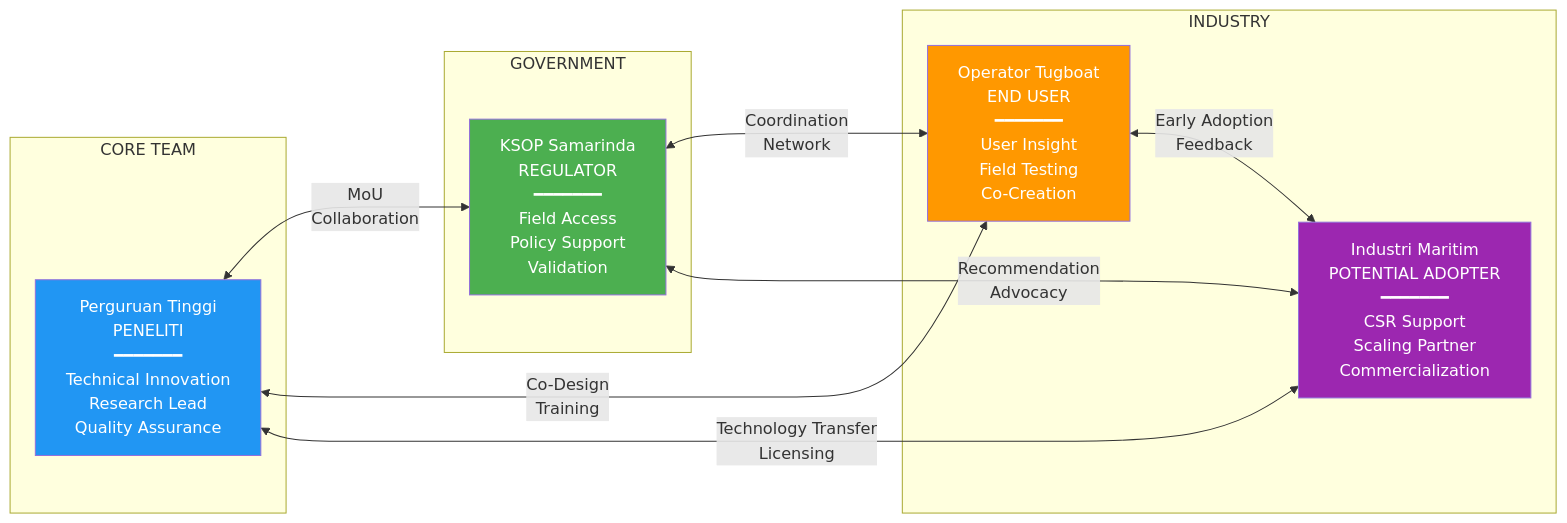
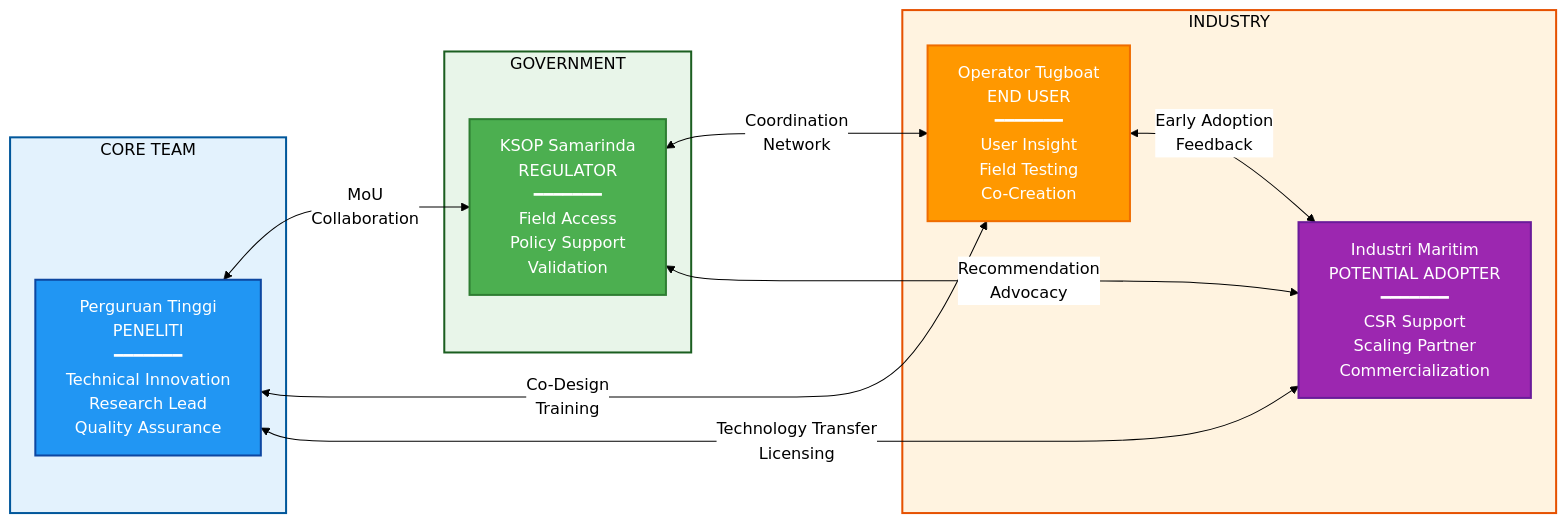
The fourth of 5 diagrams in 01_PROPOSAL_UTAMA_BESTARI_SAINTEK.md (antonprafanto/buros2025), drawn with Mermaid before and after one commit. The commit also changed other lines of this file, not shown here.

First line of the commit message:
Fix Mermaid diagram visibility for dark mode

````diff
--- a/01_PROPOSAL_UTAMA_BESTARI_SAINTEK.md
+++ b/01_PROPOSAL_UTAMA_BESTARI_SAINTEK.md
@@ -418,53 +421,57 @@
 ```mermaid
+%%{init: {'theme':'base', 'themeVariables': { 'primaryColor':'#ffffff','primaryTextColor':'#000','primaryBorderColor':'#000','lineColor':'#000','secondaryColor':'#f5f5f5','background':'#ffffff','mainBkg':'#ffffff','edgeLabelBackground':'#ffffff','clusterBkg':'#f5f5f5','clusterBorder':'#666'}}}%%
 graph LR
     subgraph Core["CORE TEAM"]
         PT["Perguruan Tinggi
         PENELITI
         ━━━━━━━
         Technical Innovation
         Research Lead
         Quality Assurance"]
     end
 
     subgraph Gov["GOVERNMENT"]
         KSOP["KSOP Samarinda
         REGULATOR
         ━━━━━━━
         Field Access
         Policy Support
         Validation"]
     end
 
     subgraph Industry["INDUSTRY"]
         OPR["Operator Tugboat
         END USER
         ━━━━━━━
         User Insight
         Field Testing
         Co-Creation"]
         MAR["Industri Maritim
         POTENTIAL ADOPTER
         ━━━━━━━
         CSR Support
         Scaling Partner
         Commercialization"]
     end
 
     PT <-->|"MoU
     Collaboration"| KSOP
     PT <-->|"Co-Design
     Training"| OPR
     KSOP <-->|"Coordination
     Network"| OPR
     KSOP <-->|"Recommendation
     Advocacy"| MAR
     PT <-->|"Technology Transfer
     Licensing"| MAR
     OPR <-->|"Early Adoption
     Feedback"| MAR
 
-    style PT fill:#2196f3,color:#fff
-    style KSOP fill:#4caf50,color:#fff
-    style OPR fill:#ff9800,color:#fff
-    style MAR fill:#9c27b0,color:#fff
+    style PT fill:#2196f3,color:#fff,stroke:#0d47a1,stroke-width:2px
+    style KSOP fill:#4caf50,color:#fff,stroke:#2e7d32,stroke-width:2px
+    style OPR fill:#ff9800,color:#fff,stroke:#ef6c00,stroke-width:2px
+    style MAR fill:#9c27b0,color:#fff,stroke:#6a1b9a,stroke-width:2px
+    style Core fill:#e3f2fd,stroke:#01579b,stroke-width:2px,color:#000
+    style Gov fill:#e8f5e9,stroke:#1b5e20,stroke-width:2px,color:#000
+    style Industry fill:#fff3e0,stroke:#e65100,stroke-width:2px,color:#000
 ```
````
